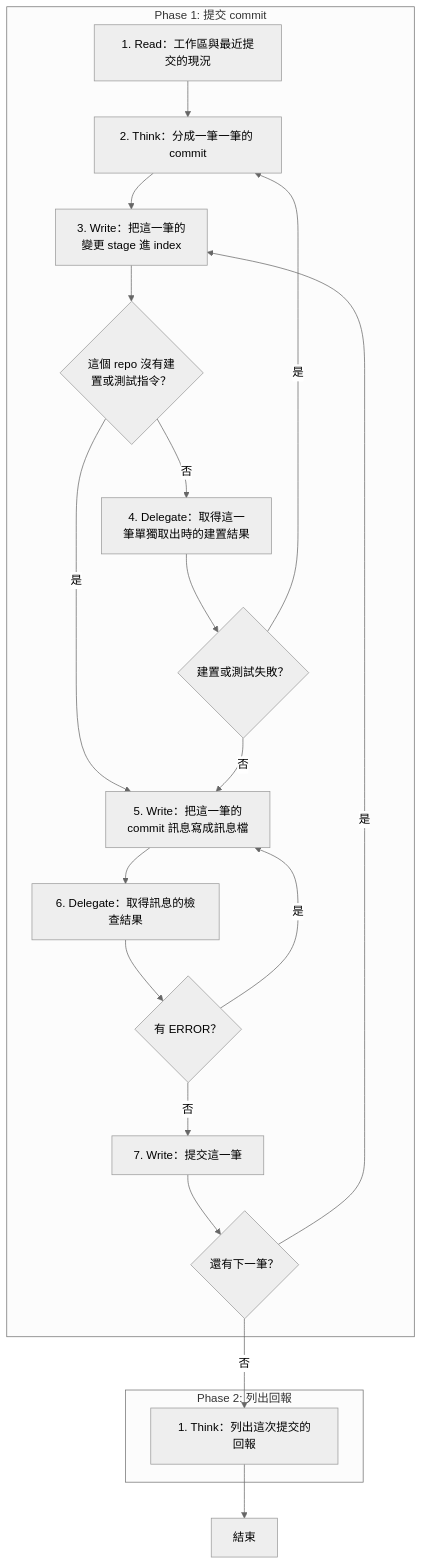
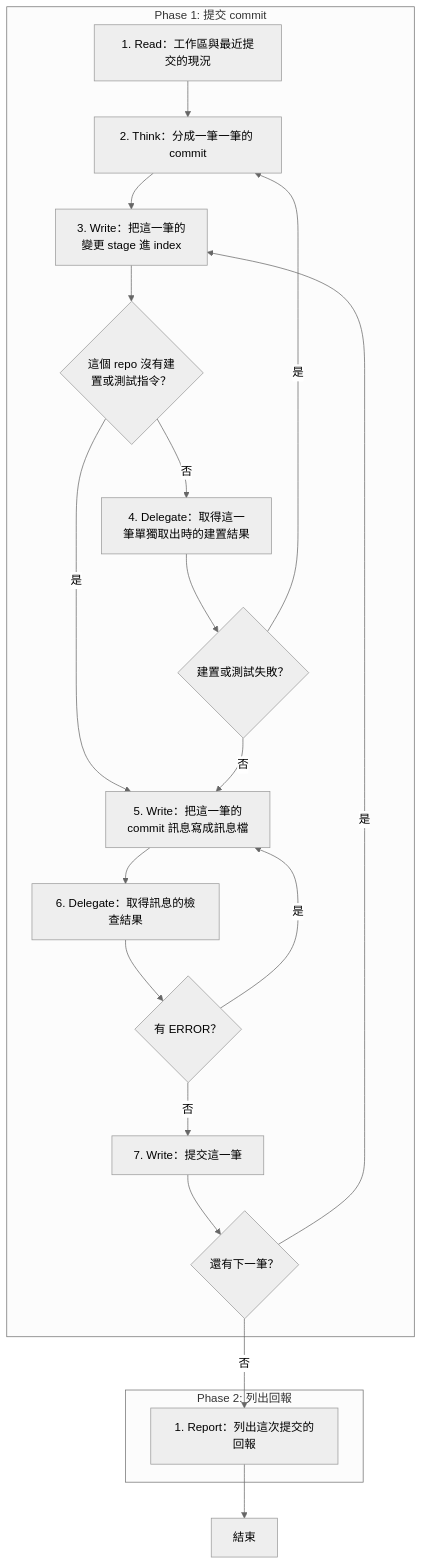
One commit to AI-x-BDD/BDGG-Dev-Skills changed the diagram in .agents/skills/git-conventional-commit/SKILL.md. Above: the diagram before and after it, drawn with Mermaid (neutral theme). The commit also changed other lines of this file and 13 other files, not shown here.

````diff
--- a/.agents/skills/git-conventional-commit/SKILL.md
+++ b/.agents/skills/git-conventional-commit/SKILL.md
@@ -23,36 +23,36 @@
 ```mermaid
 flowchart TD
     subgraph P1["Phase 1: 提交 commit"]
         P1S1["1. Read：工作區與最近提交的現況"]
         P1S2["2. Think：分成一筆一筆的 commit"]
         P1S3["3. Write：把這一筆的<br/>變更 stage 進 index"]
         G_P1S3_1{"這個 repo 沒有建<br/>置或測試指令？"}
         P1S4["4. Delegate：取得這一<br/>筆單獨取出時的建置結果"]
         G_P1S4_1{"建置或測試失敗？"}
         P1S5["5. Write：把這一筆的<br/>commit 訊息寫成訊息檔"]
         P1S6["6. Delegate：取得訊息的檢查結果"]
         G_P1S6_1{"有 ERROR？"}
         P1S7["7. Write：提交這一筆"]
         G_P1S7_1{"還有下一筆？"}
     end
     subgraph P2["Phase 2: 列出回報"]
-        P2S1["1. Think：列出這次提交的回報"]
+        P2S1["1. Report：列出這次提交的回報"]
     end
     End["結束"]
     P1S1 --> P1S2
     P1S2 --> P1S3
     P1S3 --> G_P1S3_1
     G_P1S3_1 -->|是| P1S5
     G_P1S3_1 -->|否| P1S4
     P1S4 --> G_P1S4_1
     G_P1S4_1 -->|是| P1S2
     G_P1S4_1 -->|否| P1S5
     P1S5 --> P1S6
     P1S6 --> G_P1S6_1
     G_P1S6_1 -->|是| P1S5
     G_P1S6_1 -->|否| P1S7
     P1S7 --> G_P1S7_1
     G_P1S7_1 -->|是| P1S3
     G_P1S7_1 -->|否| P2S1
     P2S1 --> End
 ```
````
